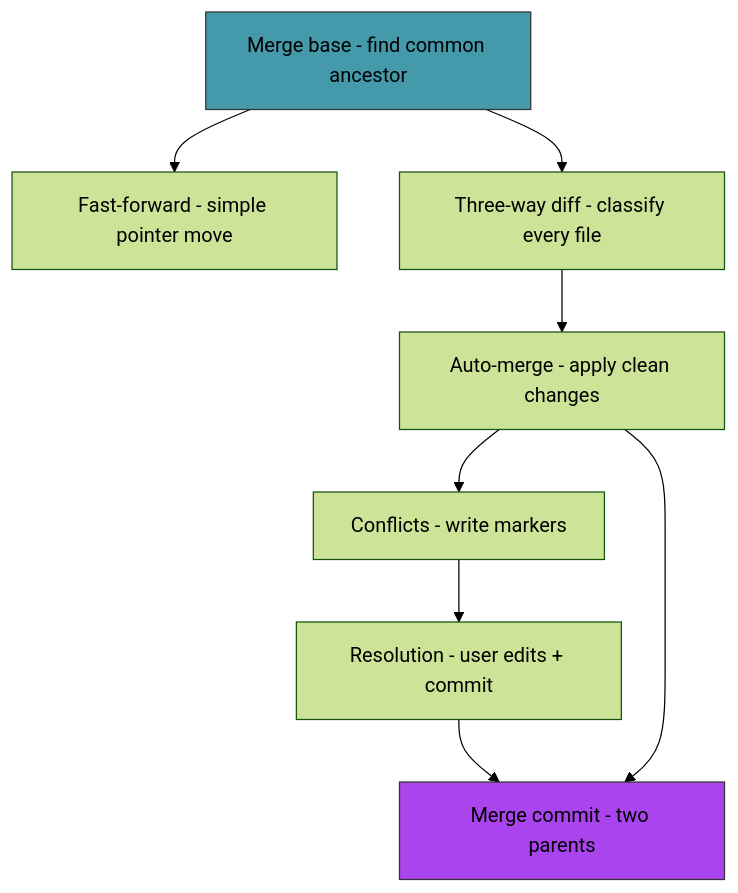
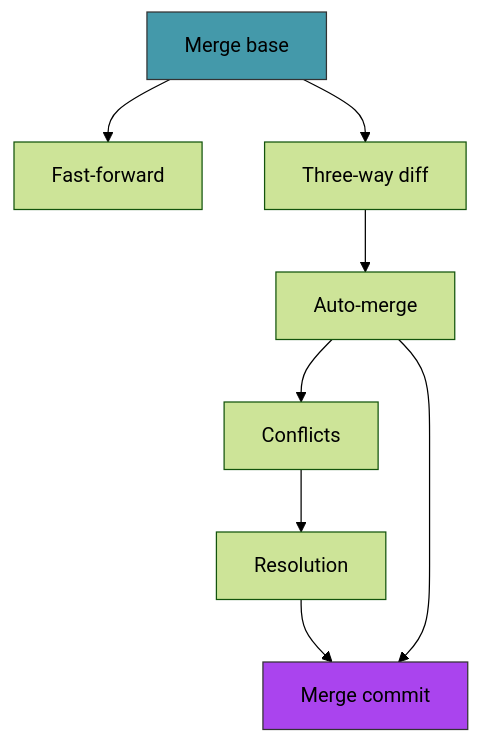
The second of 2 diagrams in content/courses/chronolock/Act 4 - The Convergence.md (Jaleel-VS/portfolio), drawn with Mermaid (forest theme) before and after one commit. The commit also changed other lines of this file and 21 other files, not shown here.

````diff
--- a/content/courses/chronolock/Act 4 - The Convergence.md
+++ b/content/courses/chronolock/Act 4 - The Convergence.md
@@ -1135,16 +980,12 @@
 ```mermaid
 flowchart TD
-    MB["Merge base - find common ancestor"]
-    FF["Fast-forward - simple pointer move"]
-    TW["Three-way diff - classify every file"]
-    AM["Auto-merge - apply clean changes"]
-    CF["Conflicts - write markers"]
-    RS["Resolution - user edits + commit"]
-    MC["Merge commit - two parents"]
-    MB --> FF
-    MB --> TW --> AM
-    AM --> CF --> RS --> MC
+    MB["Merge base"] --> FF["Fast-forward"]
+    MB --> TW["Three-way diff"]
+    TW --> AM["Auto-merge"]
+    AM --> CF["Conflicts"]
+    CF --> RS["Resolution"]
+    RS --> MC["Merge commit"]
     AM --> MC
     style MB fill:#49a,stroke:#333
     style MC fill:#a4e,stroke:#333
 ```
````
